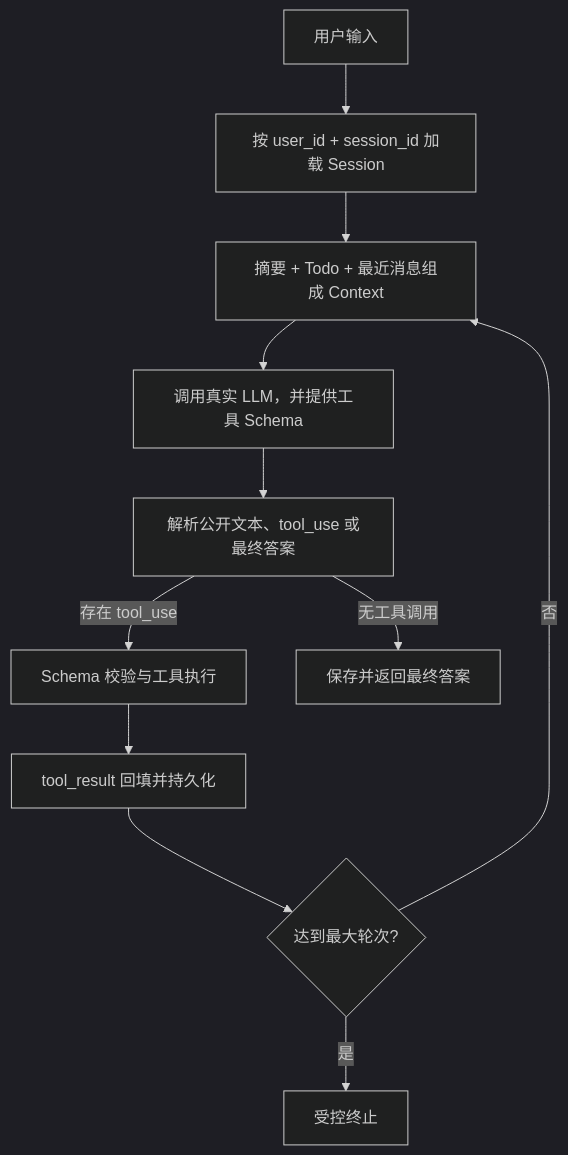
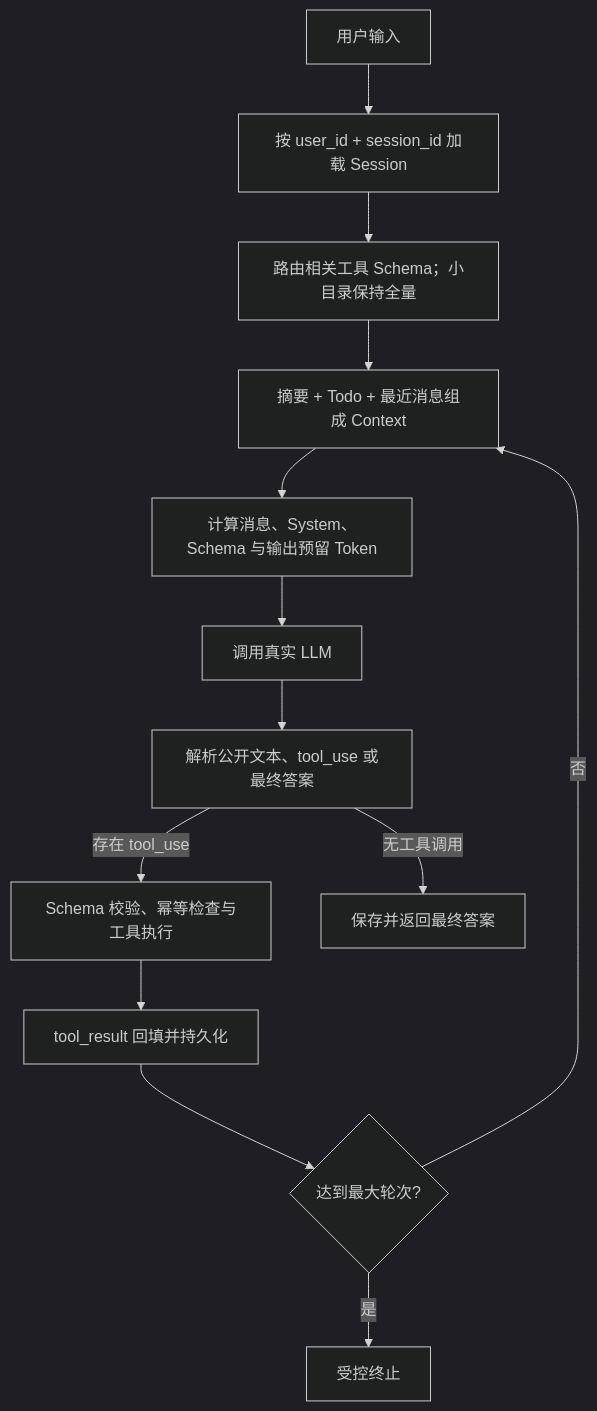
One commit to AluzzzZ/agent_demo changed the diagram in README.md. Above: the diagram before and after it, drawn with Mermaid (dark theme). The commit also changed other lines of this file and 16 other files, not shown here.

Commit message:
feat: harden agent runtime context and tool handling

````diff
--- a/README.md
+++ b/README.md
@@ -95,13 +97,15 @@
 ```mermaid
 flowchart TD
     U["用户输入"] --> S["按 user_id + session_id 加载 Session"]
-    S --> C["摘要 + Todo + 最近消息组成 Context"]
-    C --> L["调用真实 LLM，并提供工具 Schema"]
+    S --> T["路由相关工具 Schema；小目录保持全量"]
+    T --> C["摘要 + Todo + 最近消息组成 Context"]
+    C --> B["计算消息、System、Schema 与输出预留 Token"]
+    B --> L["调用真实 LLM"]
     L --> P["解析公开文本、tool_use 或最终答案"]
-    P -->|"存在 tool_use"| V["Schema 校验与工具执行"]
+    P -->|"存在 tool_use"| V["Schema 校验、幂等检查与工具执行"]
     V --> R["tool_result 回填并持久化"]
     R --> M{"达到最大轮次?"}
     M -->|"否"| C
     M -->|"是"| X["受控终止"]
     P -->|"无工具调用"| A["保存并返回最终答案"]
 ```
````
